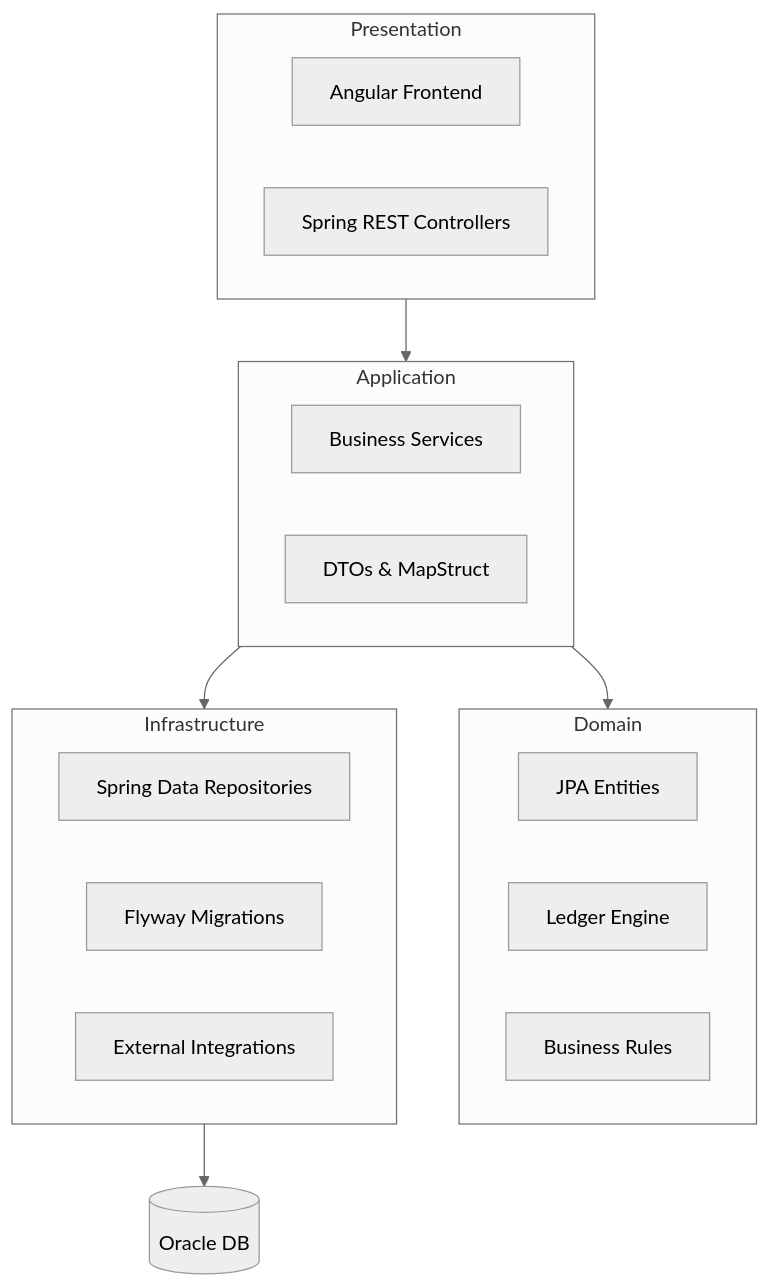
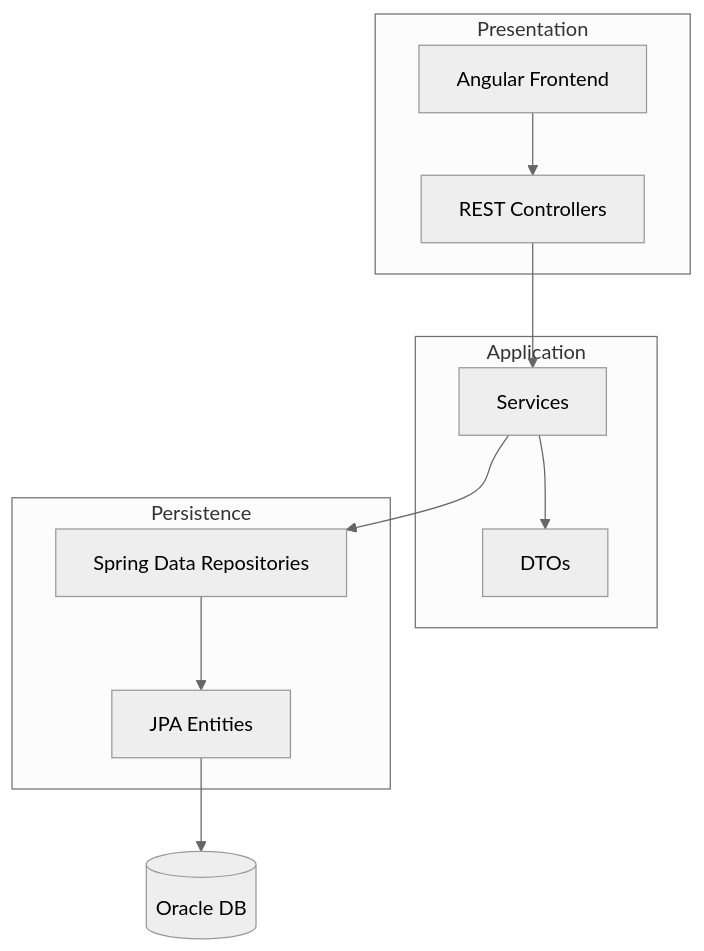
Before and after one commit to kirtika-0102/StockSmart: the second of 6 diagrams in docs/architecture.md, drawn with Mermaid (neutral theme). The commit also changed other lines of this file and 74 other files, not shown here.

Commit message:
architecture of application

````diff
--- a/docs/architecture.md
+++ b/docs/architecture.md
@@ -82,29 +90,21 @@
 ```mermaid
 flowchart TD
     subgraph Presentation
-    A1["Angular Frontend"]
-    A2["Spring REST Controllers"]
+        A1["Angular Frontend"]
+        A2["REST Controllers"]
     end
-    
     subgraph Application
-    B1["Business Services"]
-    B2["DTOs & MapStruct"]
+        B1["Services"]
+        B2["DTOs"]
     end
-    
-    subgraph Domain
-    C1["JPA Entities"]
-    C2["Ledger Engine"]
-    C3["Business Rules"]
+    subgraph Persistence
+        C1["JPA Entities"]
+        C2["Spring Data Repositories"]
     end
-    
-    subgraph Infrastructure
-    D1["Spring Data Repositories"]
-    D2["Flyway Migrations"]
-    D3["External Integrations"]
-    end
-    
-    Presentation --> Application
-    Application --> Domain
-    Application --> Infrastructure
-    Infrastructure --> DB[("Oracle DB")]
+    A1 --> A2
+    A2 --> B1
+    B1 --> B2
+    B1 --> C2
+    C2 --> C1
+    C1 --> DB[("Oracle DB")]
 ```
````
